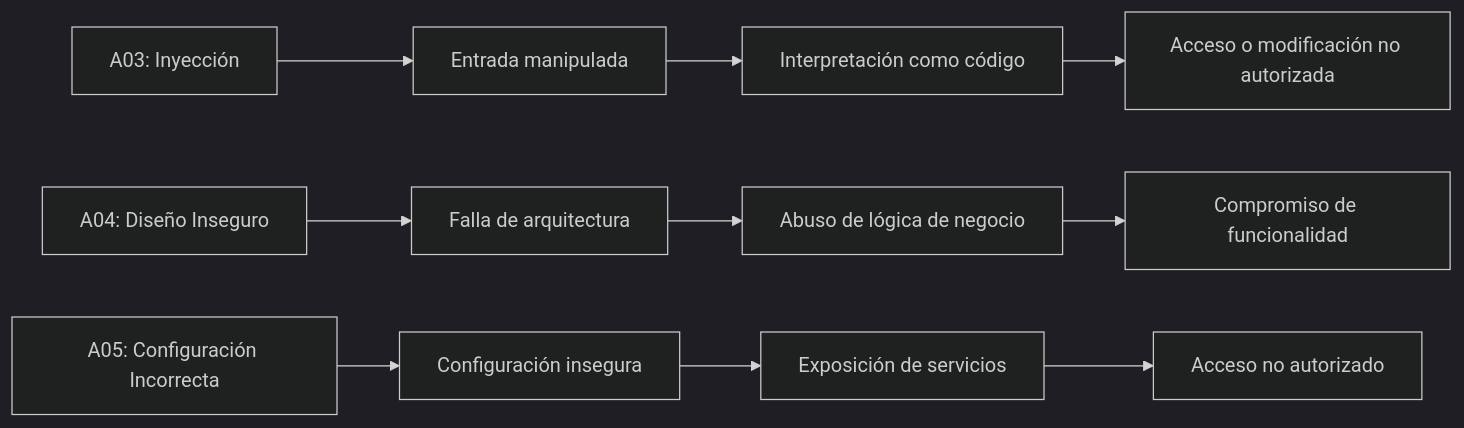
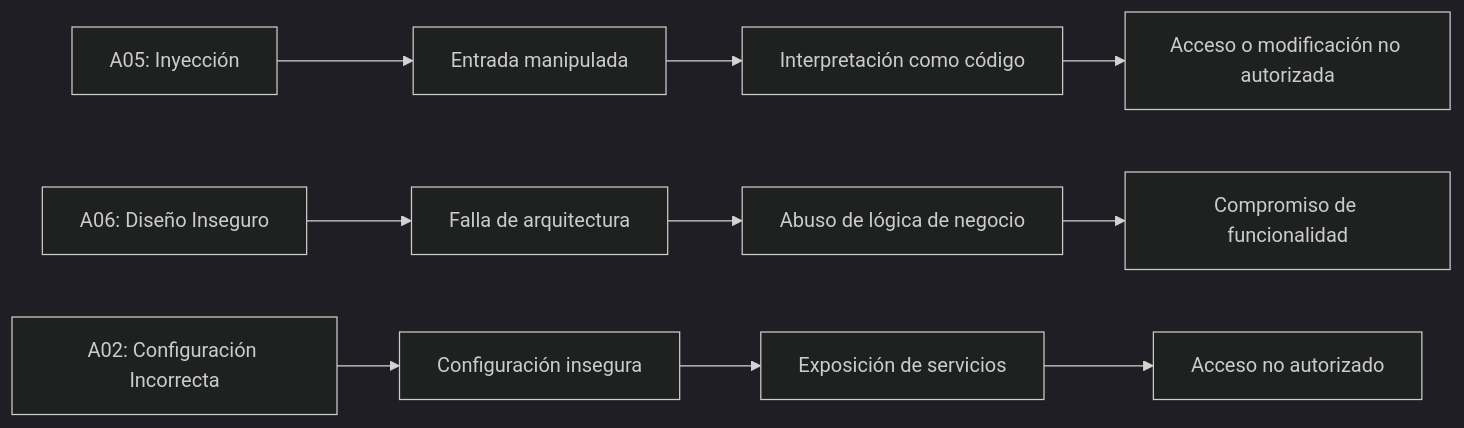
The fourth of 16 diagrams in Grupo2/README.md (jaiderospina/DEVSECOPS2026_2), drawn with Mermaid (dark theme) before and after one commit. The commit also changed other lines of this file, not shown here.

````diff
--- a/Grupo2/README.md
+++ b/Grupo2/README.md
@@ -92,14 +148,14 @@
 ```mermaid
 flowchart LR
-    A["A03: Inyección"] --> B["Entrada manipulada"]
+    A["A05: Inyección"] --> B["Entrada manipulada"]
     B --> C["Interpretación como código"]
     C --> D["Acceso o modificación no autorizada"]
 
-    E["A04: Diseño Inseguro"] --> F["Falla de arquitectura"]
+    E["A06: Diseño Inseguro"] --> F["Falla de arquitectura"]
     F --> G["Abuso de lógica de negocio"]
     G --> H["Compromiso de funcionalidad"]
 
-    I["A05: Configuración Incorrecta"] --> J["Configuración insegura"]
+    I["A02: Configuración Incorrecta"] --> J["Configuración insegura"]
     J --> K["Exposición de servicios"]
     K --> L["Acceso no autorizado"]
 ```
````
